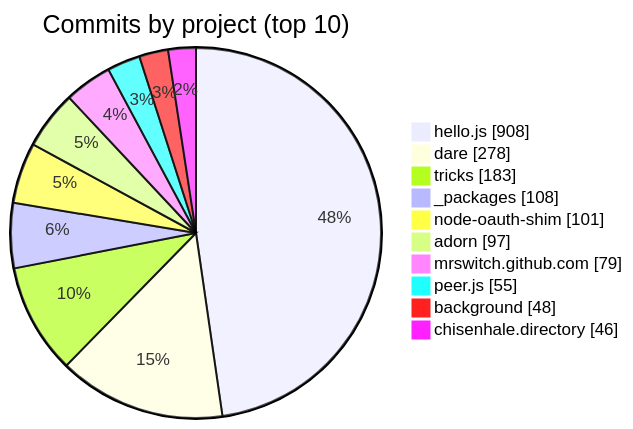
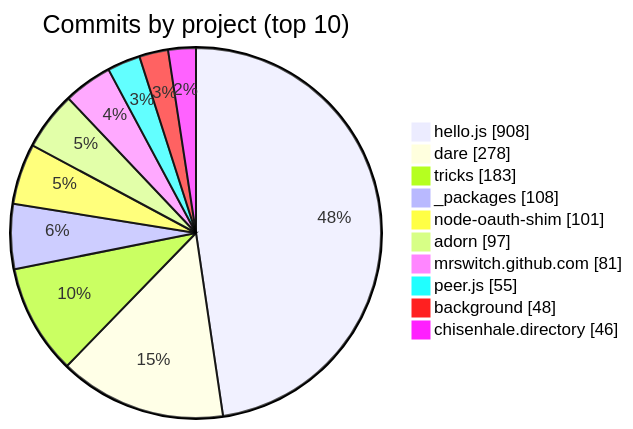
Before and after one commit to MrSwitch/mrswitch.github.com: the diagram in projects/index.md, drawn with Mermaid. The commit also changed other lines of this file and 2 other files, not shown here.

Commit message:
feat(projects): add mermaid formatting, project time-spans

````diff
--- a/projects/index.md
+++ b/projects/index.md
@@ -39,13 +39,13 @@
 ```mermaid
 pie showData title Commits by project (top 10)
     "hello.js" : 908
     "dare" : 278
     "tricks" : 183
     "_packages" : 108
     "node-oauth-shim" : 101
     "adorn" : 97
-    "mrswitch.github.com" : 79
+    "mrswitch.github.com" : 81
     "peer.js" : 55
     "background" : 48
     "chisenhale.directory" : 46
 ```
````
